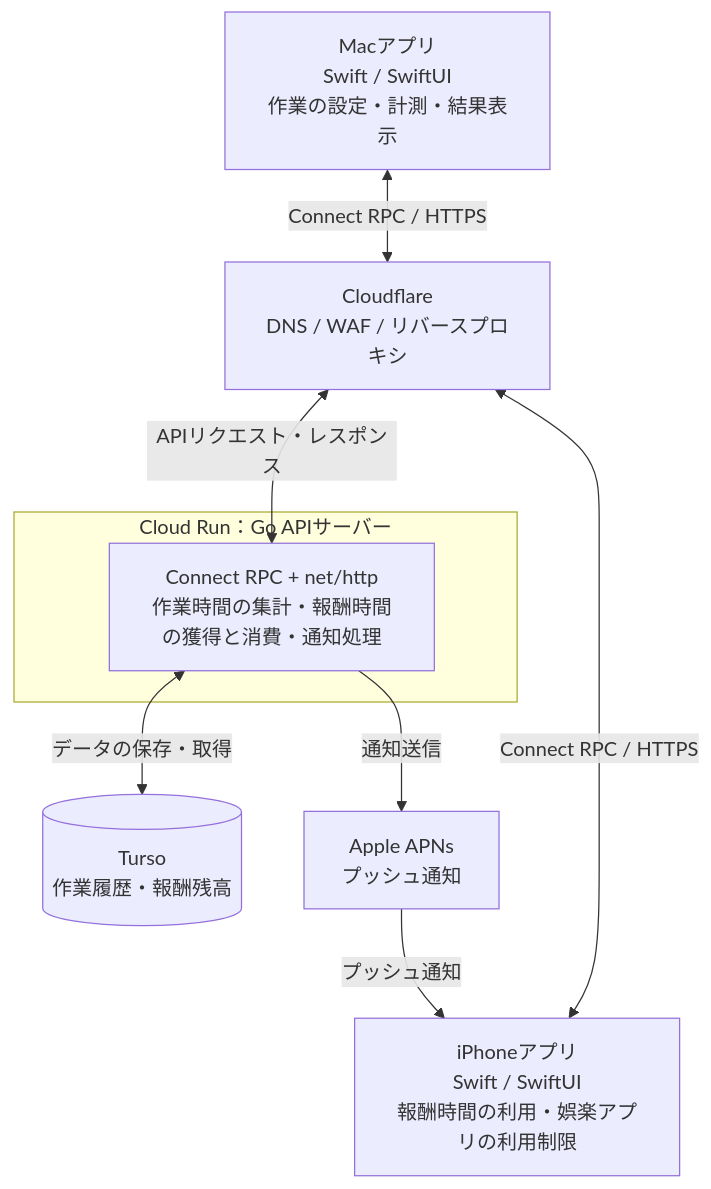
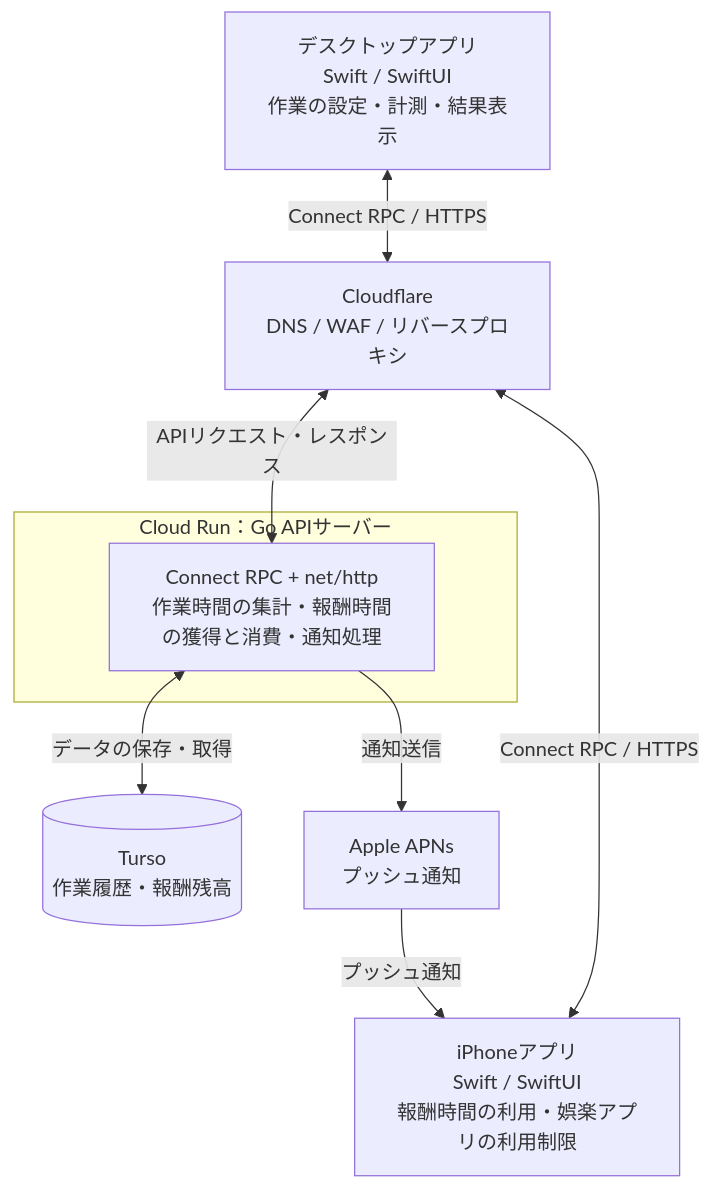
The diagram in docs/spec/5.プロダクト全体像.md (jphacks/tkb_2622), drawn with Mermaid before and after one commit. The commit also changed other lines of this file and 4 other files, not shown here.

````diff
--- a/docs/spec/5.プロダクト全体像.md
+++ b/docs/spec/5.プロダクト全体像.md
@@ -13,20 +13,20 @@
 ```mermaid
 flowchart TB
-    mac["Macアプリ<br/>Swift / SwiftUI<br/>作業の設定・計測・結果表示"]
+    desktop["デスクトップアプリ<br/>Swift / SwiftUI<br/>作業の設定・計測・結果表示"]
     iphone["iPhoneアプリ<br/>Swift / SwiftUI<br/>報酬時間の利用・娯楽アプリの利用制限"]
     cloudflare["Cloudflare<br/>DNS / WAF / リバースプロキシ"]
 
     subgraph backend["Cloud Run：Go APIサーバー"]
         api["Connect RPC + net/http<br/>作業時間の集計・報酬時間の獲得と消費・通知処理"]
     end
 
     db[("Turso<br/>作業履歴・報酬残高")]
     apns["Apple APNs<br/>プッシュ通知"]
 
-    mac <-->|"Connect RPC / HTTPS"| cloudflare
+    desktop <-->|"Connect RPC / HTTPS"| cloudflare
     iphone <-->|"Connect RPC / HTTPS"| cloudflare
     cloudflare <-->|"APIリクエスト・レスポンス"| api
     api <-->|"データの保存・取得"| db
     api -->|"通知送信"| apns
     apns -->|"プッシュ通知"| iphone
 ```
````
